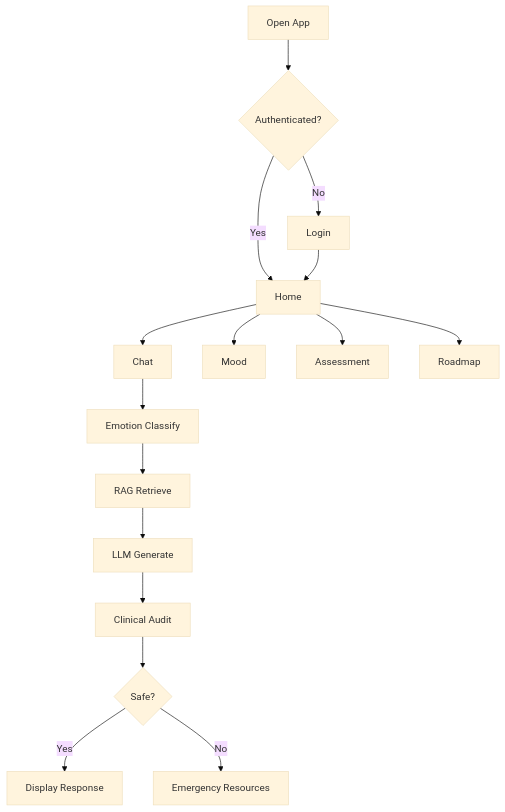
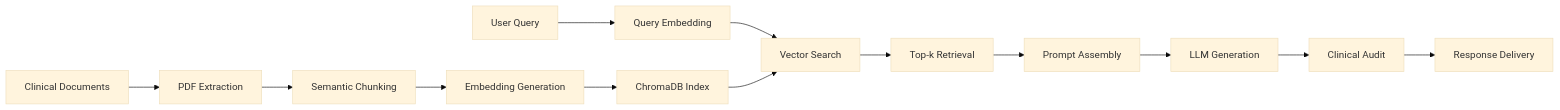
One commit to Upheal1/UpHeal-Doc changed the second of 7 diagrams in chapters/03-methodology.qmd. Above: the diagram before and after it, drawn with Mermaid (base theme). The commit also changed other lines of this file and 13 other files, not shown here.

````diff
--- a/chapters/03-methodology.qmd
+++ b/chapters/03-methodology.qmd
@@ -94,18 +83,16 @@
 ```{mermaid}
-flowchart TD
-    A[Open App] --> B{Authenticated?}
-    B -->|No| C[Login]
-    B -->|Yes| D[Home]
-    C --> D
-    D --> E[Chat]
-    D --> F[Mood]
-    D --> G[Assessment]
-    D --> H[Roadmap]
-    E --> I[Emotion Classify]
-    I --> J[RAG Retrieve]
-    J --> K[LLM Generate]
+flowchart LR
+    A[Clinical Documents] --> B[PDF Extraction]
+    B --> C[Semantic Chunking]
+    C --> D[Embedding Generation]
+    D --> E[ChromaDB Index]
+    
+    F[User Query] --> G[Query Embedding]
+    G --> H[Vector Search]
+    E --> H
+    H --> I[Top-k Retrieval]
+    I --> J[Prompt Assembly]
+    J --> K[LLM Generation]
     K --> L[Clinical Audit]
-    L --> M{Safe?}
-    M -->|Yes| N[Display Response]
-    M -->|No| O[Emergency Resources]
+    L --> M[Response Delivery]
 ```
````
